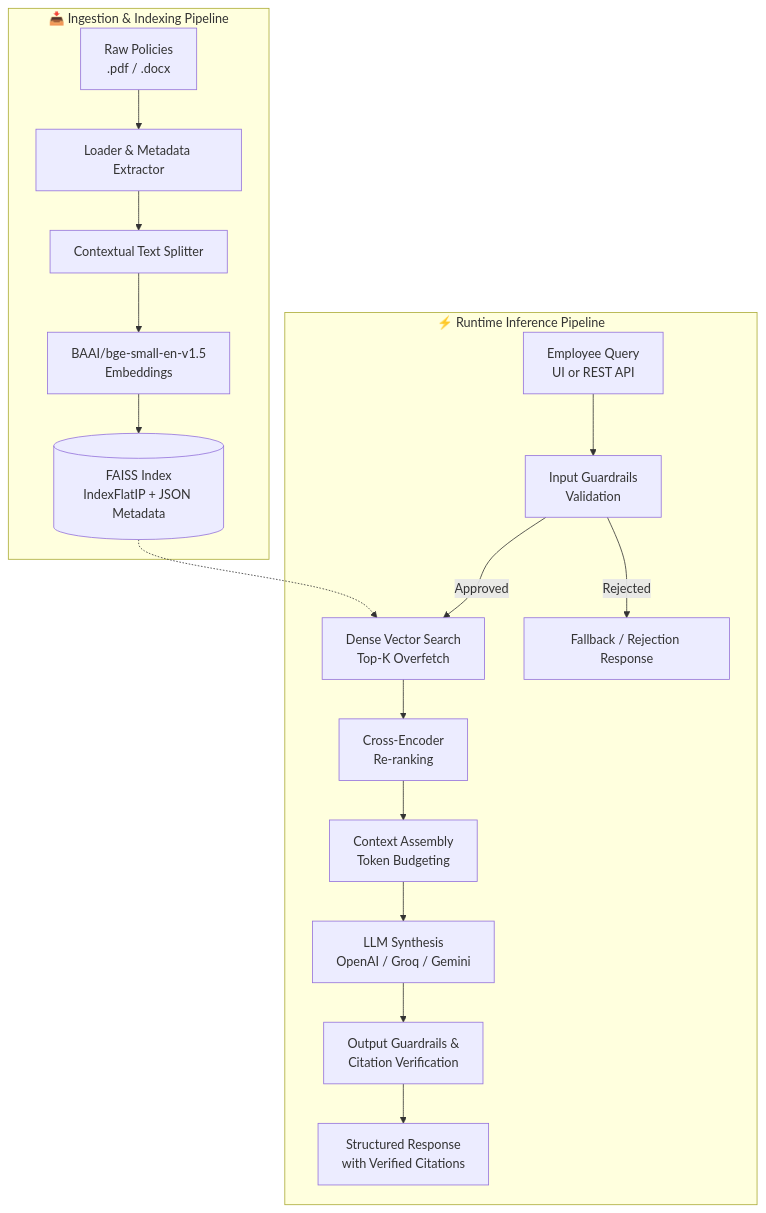
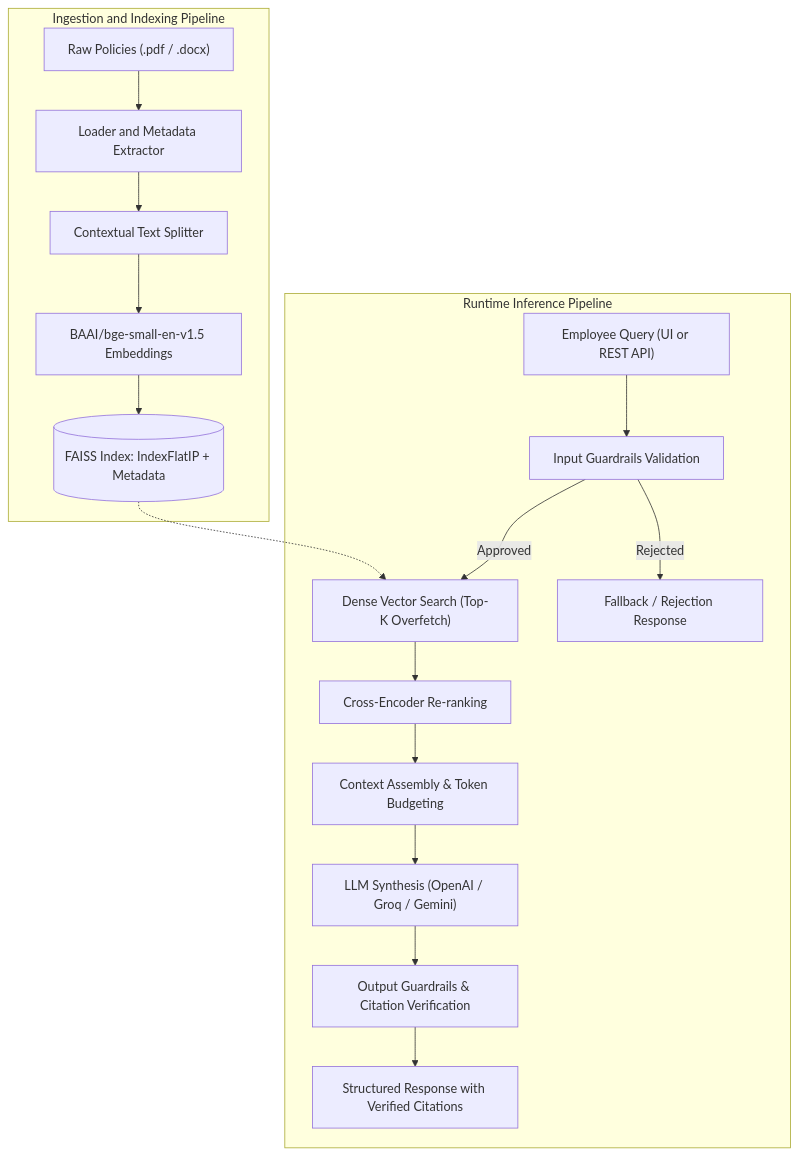
The diagram in README.md (Ahmed-Hamed-Attallah/HR-Policy-RAG), drawn with Mermaid before and after one commit.

Commit message:
refactor: update diagram labels for clarity in README

````diff
--- a/README.md
+++ b/README.md
@@ -35,21 +35,21 @@
 ```mermaid
 flowchart TD
-    subgraph Ingestion ["📥 Ingestion & Indexing Pipeline"]
-        A[Raw Policies<br/>.pdf / .docx] --> B[Loader & Metadata Extractor]
-        B --> C[Contextual Text Splitter]
-        C --> D[BAAI/bge-small-en-v1.5<br/>Embeddings]
-        D --> E[(FAISS Index<br/>IndexFlatIP + JSON Metadata)]
+    subgraph Ingestion ["Ingestion and Indexing Pipeline"]
+        A["Raw Policies (.pdf / .docx)"] --> B["Loader and Metadata Extractor"]
+        B --> C["Contextual Text Splitter"]
+        C --> D["BAAI/bge-small-en-v1.5 Embeddings"]
+        D --> E[("FAISS Index: IndexFlatIP + Metadata")]
     end
 
-    subgraph Inference ["⚡ Runtime Inference Pipeline"]
-        Q[Employee Query<br/>UI or REST API] --> G[Input Guardrails<br/>Validation]
-        G -->|Approved| H[Dense Vector Search<br/>Top-K Overfetch]
+    subgraph Inference ["Runtime Inference Pipeline"]
+        Q["Employee Query (UI or REST API)"] --> G["Input Guardrails Validation"]
+        G -->|Approved| H["Dense Vector Search (Top-K Overfetch)"]
         E -.-> H
-        H --> I[Cross-Encoder<br/>Re-ranking]
-        I --> J[Context Assembly<br/>Token Budgeting]
-        J --> K[LLM Synthesis<br/>OpenAI / Groq / Gemini]
-        K --> L[Output Guardrails &<br/>Citation Verification]
-        L --> M[Structured Response<br/>with Verified Citations]
-        G -->|Rejected| F[Fallback / Rejection Response]
+        H --> I["Cross-Encoder Re-ranking"]
+        I --> J["Context Assembly & Token Budgeting"]
+        J --> K["LLM Synthesis (OpenAI / Groq / Gemini)"]
+        K --> L["Output Guardrails & Citation Verification"]
+        L --> M["Structured Response with Verified Citations"]
+        G -->|Rejected| F["Fallback / Rejection Response"]
     end
 ```
````
